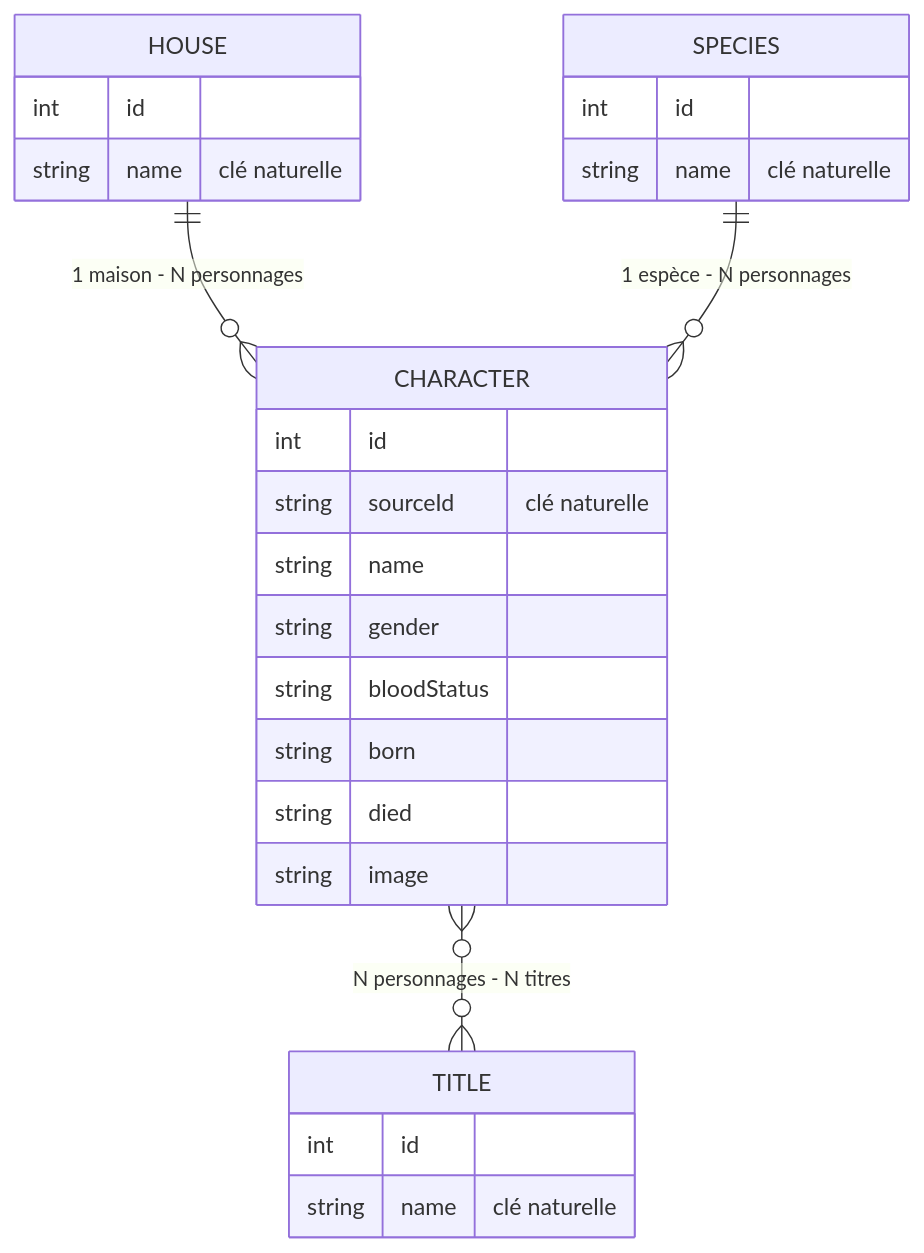
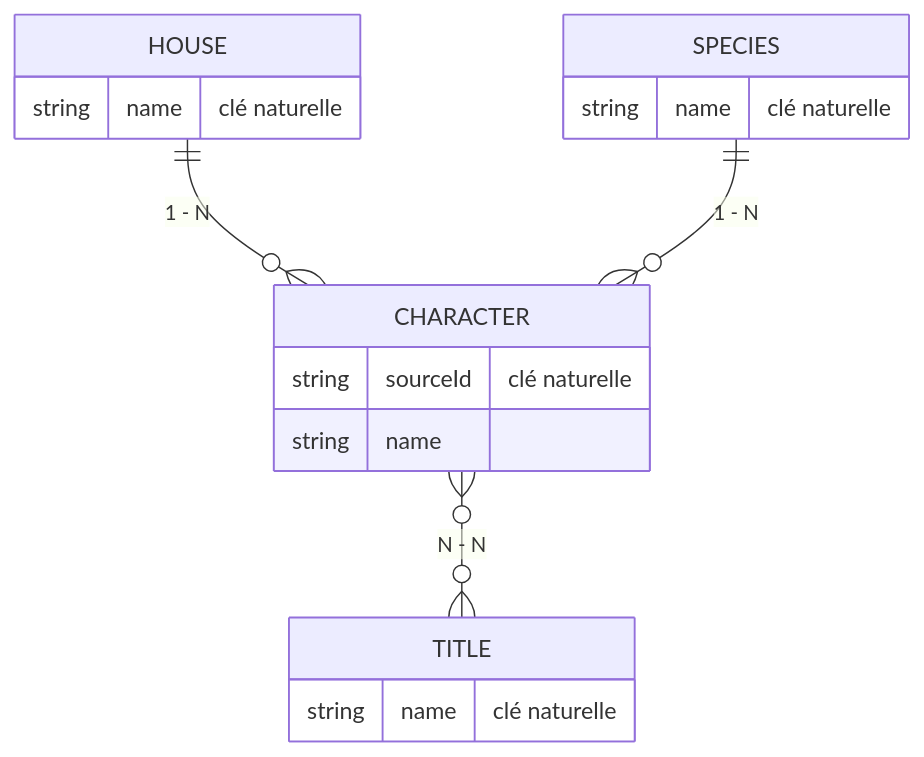
Before and after one commit to Lohos06/HarryPotter: the diagram in README.md, drawn with Mermaid. The commit also changed other lines of this file, not shown here.

````diff
--- a/README.md
+++ b/README.md
@@ -14,29 +13,20 @@
 ```mermaid
 erDiagram
-    HOUSE ||--o{ CHARACTER : "1 maison - N personnages"
-    SPECIES ||--o{ CHARACTER : "1 espèce - N personnages"
-    CHARACTER }o--o{ TITLE : "N personnages - N titres"
+    HOUSE ||--o{ CHARACTER : "1 - N"
+    SPECIES ||--o{ CHARACTER : "1 - N"
+    CHARACTER }o--o{ TITLE : "N - N"
 
     CHARACTER {
-        int id
         string sourceId "clé naturelle"
         string name
-        string gender
-        string bloodStatus
-        string born
-        string died
-        string image
     }
     HOUSE {
-        int id
         string name "clé naturelle"
     }
     SPECIES {
-        int id
         string name "clé naturelle"
     }
     TITLE {
-        int id
         string name "clé naturelle"
     }
 ```
````
